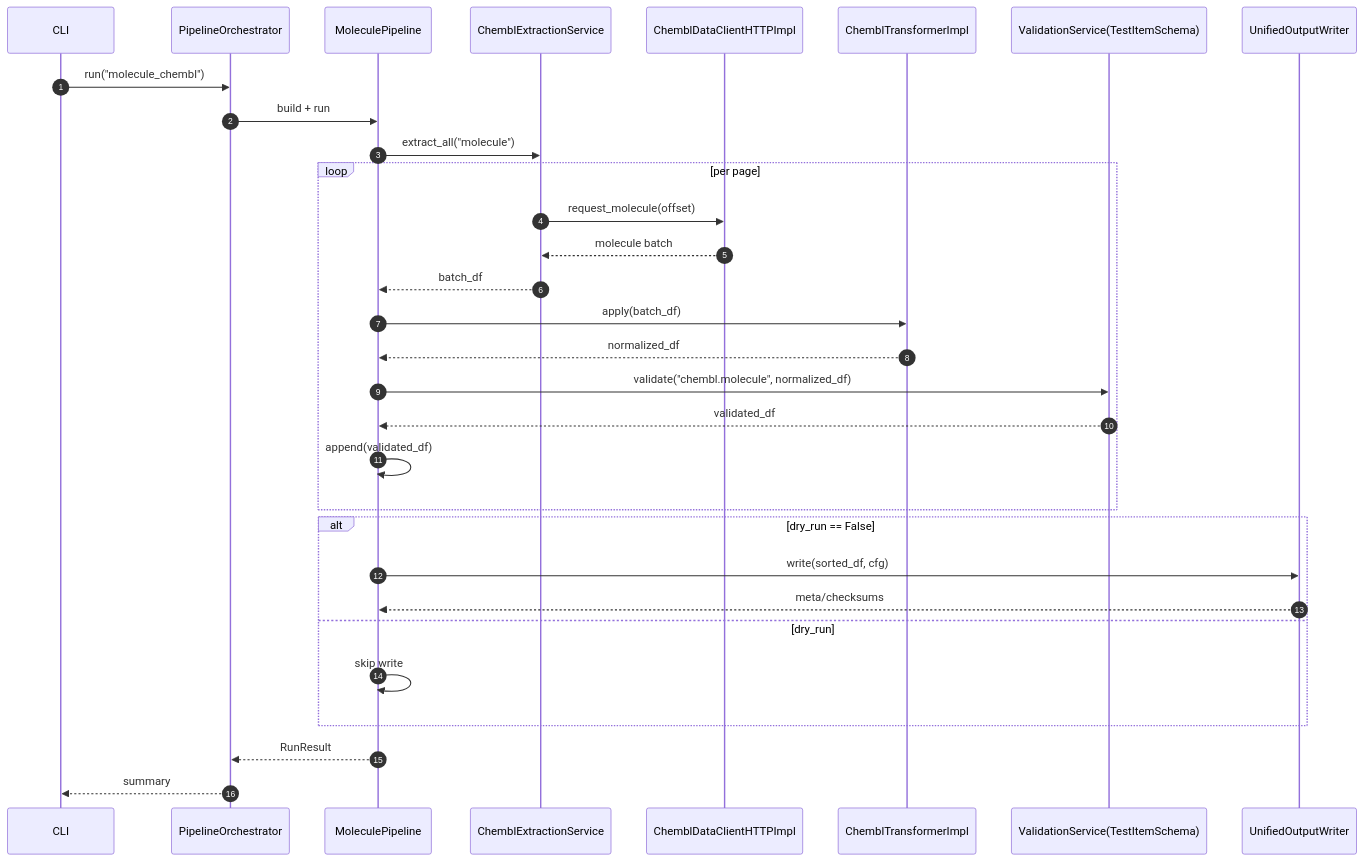
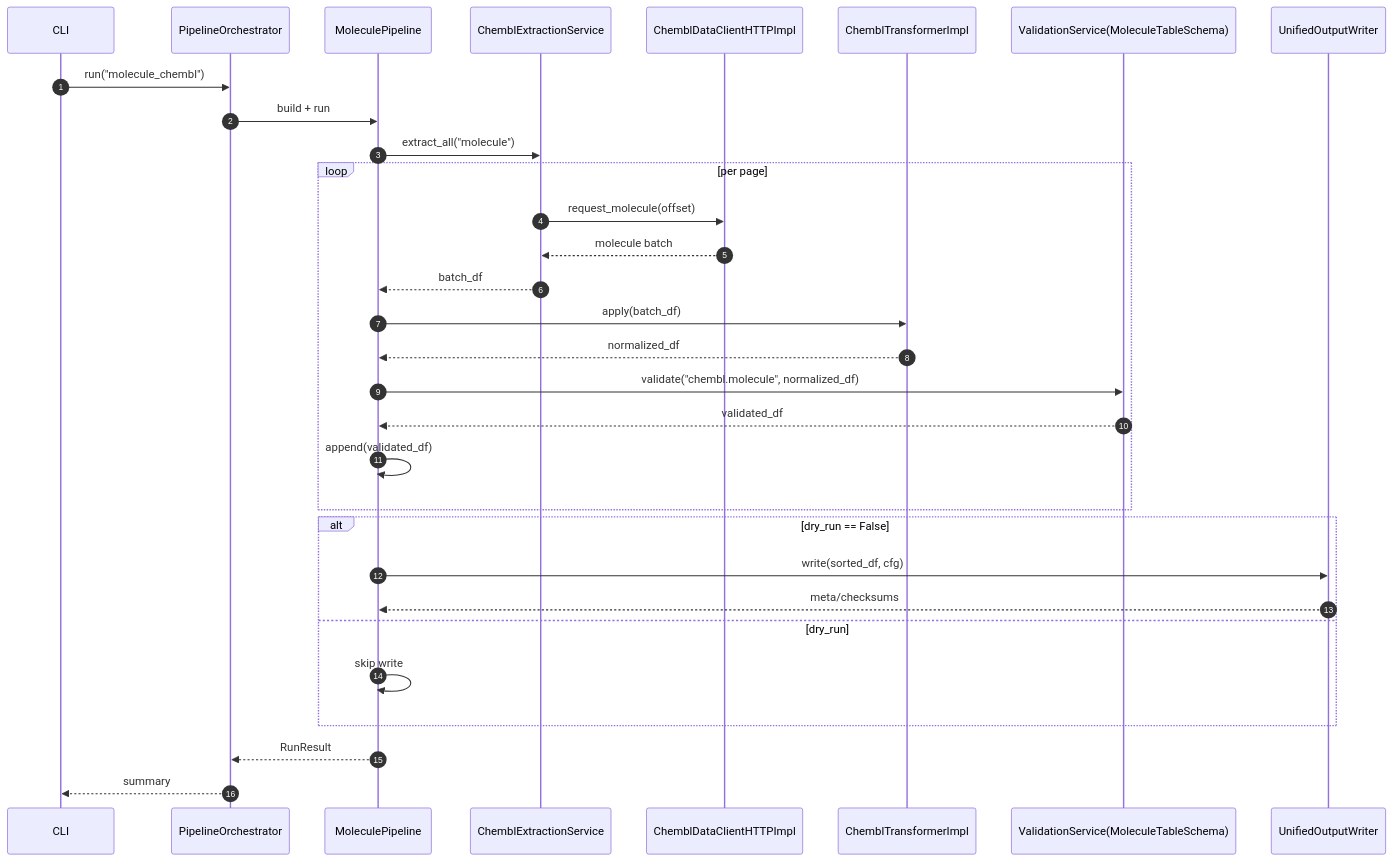
Before and after one commit to SatoryKono/BioactivityDataAcquisition: the diagram in docs/application/pipelines/chembl/molecule/diagrams/sequence/molecule-main-sequence.mmd, drawn with Mermaid. The commit also changed 24 other files, not shown here.

```diff
--- a/docs/application/pipelines/chembl/molecule/diagrams/sequence/molecule-main-sequence.mmd
+++ b/docs/application/pipelines/chembl/molecule/diagrams/sequence/molecule-main-sequence.mmd
@@ -1,32 +1,32 @@
 sequenceDiagram
     autonumber
     participant CLI as CLI
     participant Orchestrator as PipelineOrchestrator
     participant Pipeline as MoleculePipeline
     participant Extraction as ChemblExtractionService
     participant DataClient as ChemblDataClientHTTPImpl
     participant Transformer as ChemblTransformerImpl
-    participant Validator as ValidationService(TestItemSchema)
+    participant Validator as ValidationService(MoleculeTableSchema)
     participant Writer as UnifiedOutputWriter
 
     CLI->>Orchestrator: run("molecule_chembl")
     Orchestrator->>Pipeline: build + run
     Pipeline->>Extraction: extract_all("molecule")
     loop per page
         Extraction->>DataClient: request_molecule(offset)
         DataClient-->>Extraction: molecule batch
         Extraction-->>Pipeline: batch_df
         Pipeline->>Transformer: apply(batch_df)
         Transformer-->>Pipeline: normalized_df
         Pipeline->>Validator: validate("chembl.molecule", normalized_df)
         Validator-->>Pipeline: validated_df
         Pipeline->>Pipeline: append(validated_df)
     end
     alt dry_run == False
         Pipeline->>Writer: write(sorted_df, cfg)
         Writer-->>Pipeline: meta/checksums
     else dry_run
         Pipeline->>Pipeline: skip write
     end
     Pipeline-->>Orchestrator: RunResult
     Orchestrator-->>CLI: summary
```
